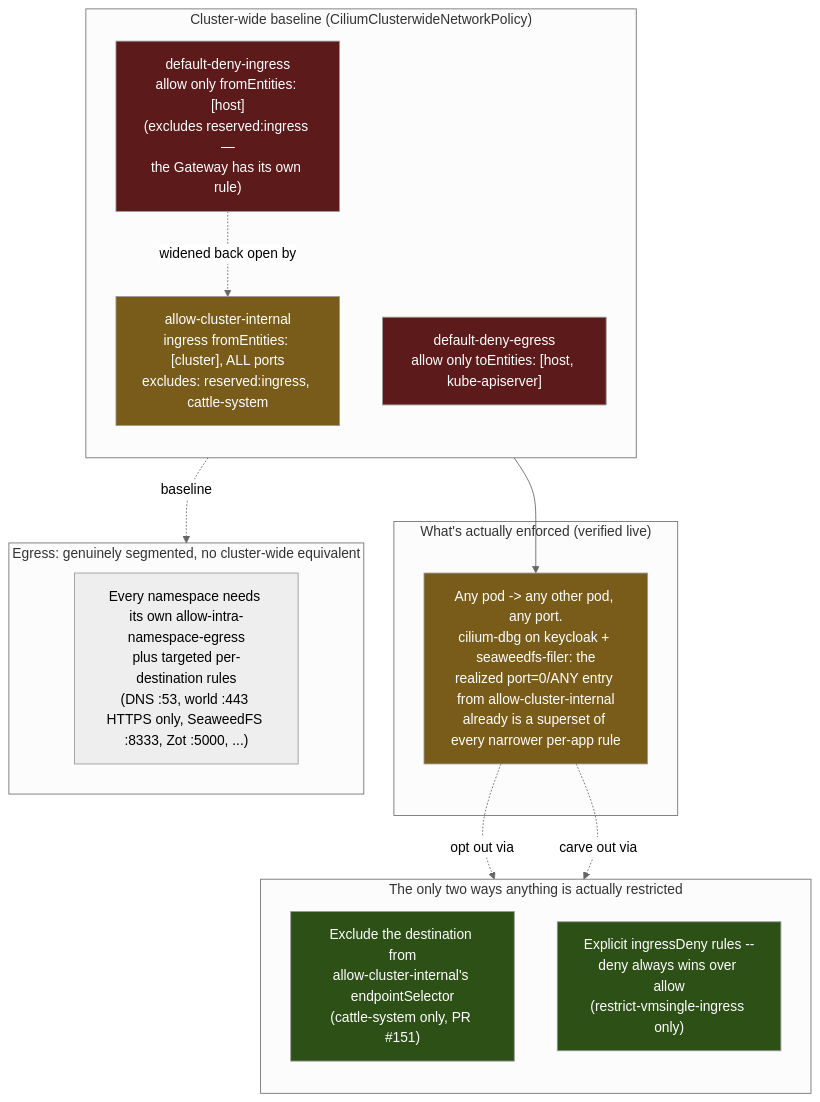
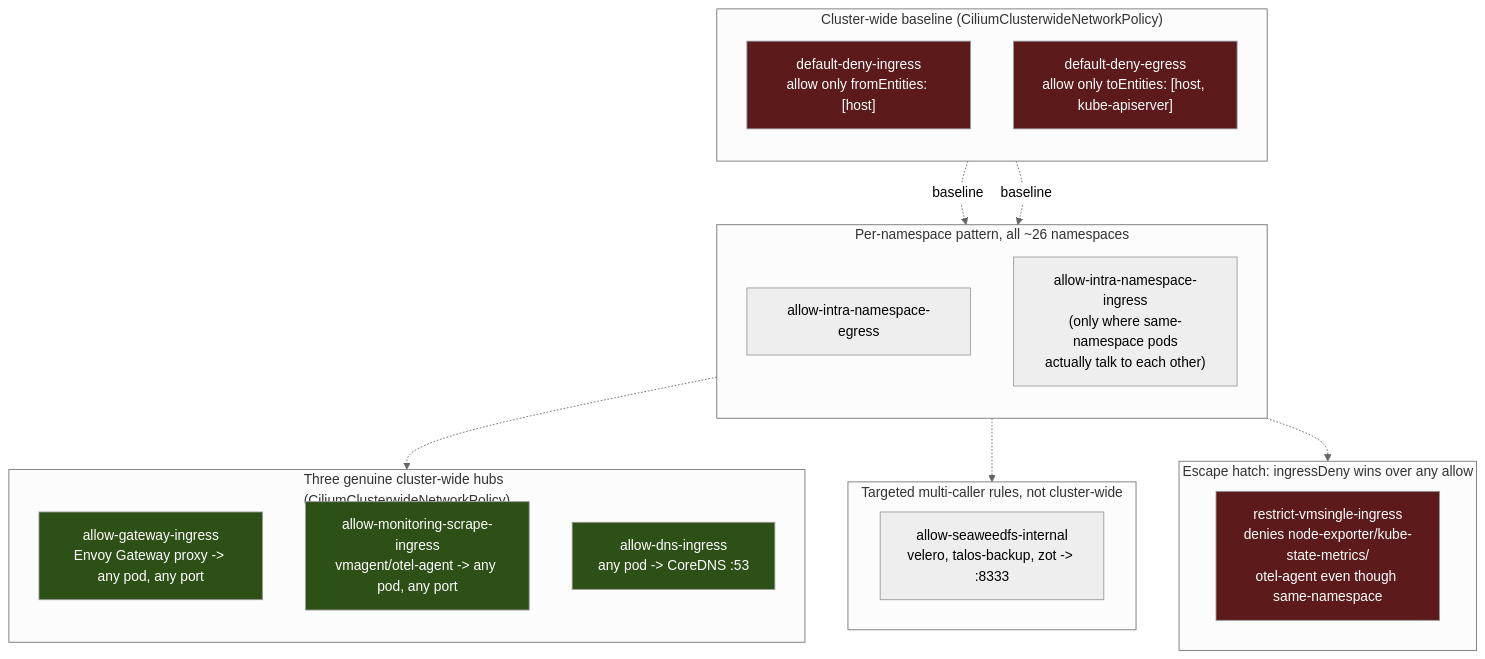
The third of 4 diagrams in docs/network-architecture.md (bibAtWork/Edge_GitOps), drawn with Mermaid (neutral theme) before and after one commit. The commit also changed other lines of this file and 3 other files, not shown here.

````diff
--- a/docs/network-architecture.md
+++ b/docs/network-architecture.md
@@ -127,39 +127,42 @@
 ```mermaid
 flowchart TB
     subgraph baseline["Cluster-wide baseline (CiliumClusterwideNetworkPolicy)"]
         direction TB
-        deny_ing["default-deny-ingress\nallow only fromEntities: [host]\n(excludes reserved:ingress —\nthe Gateway has its own rule)"]
+        deny_ing["default-deny-ingress\nallow only fromEntities: [host]"]
         deny_eg["default-deny-egress\nallow only toEntities: [host, kube-apiserver]"]
-        cluster_allow["allow-cluster-internal\ningress fromEntities: [cluster], ALL ports\nexcludes: reserved:ingress, cattle-system"]
     end
 
-    deny_ing -.->|"widened back open by"| cluster_allow
-
-    subgraph reality["What's actually enforced (verified live)"]
-        broad["Any pod -> any other pod, any port.\ncilium-dbg on keycloak + seaweedfs-filer: the\nrealized port=0/ANY entry from allow-cluster-internal\nalready is a superset of every narrower per-app rule"]
+    subgraph pattern["Per-namespace pattern, all ~26 namespaces"]
+        direction TB
+        intra_eg["allow-intra-namespace-egress"]
+        intra_ing["allow-intra-namespace-ingress\n(only where same-namespace pods\nactually talk to each other)"]
     end
 
-    cluster_allow --> broad
-
-    subgraph exceptions["The only two ways anything is actually restricted"]
+    subgraph hubs["Three genuine cluster-wide hubs\n(CiliumClusterwideNetworkPolicy)"]
         direction TB
-        excl["Exclude the destination from\nallow-cluster-internal's endpointSelector\n(cattle-system only, PR #151)"]
-        deny["Explicit ingressDeny rules --\ndeny always wins over allow\n(restrict-vmsingle-ingress only)"]
+        gw["allow-gateway-ingress\nEnvoy Gateway proxy -> any pod, any port"]
+        mon["allow-monitoring-scrape-ingress\nvmagent/otel-agent -> any pod, any port"]
+        dns["allow-dns-ingress\nany pod -> CoreDNS :53"]
     end
 
-    broad -.->|"opt out via"| excl
-    broad -.->|"carve out via"| deny
-
-    subgraph egress_model["Egress: genuinely segmented, no cluster-wide equivalent"]
-        eg_pattern["Every namespace needs its own allow-intra-namespace-egress\nplus targeted per-destination rules\n(DNS :53, world :443 HTTPS only, SeaweedFS :8333, Zot :5000, ...)"]
+    subgraph targeted["Targeted multi-caller rules, not cluster-wide"]
+        sw["allow-seaweedfs-internal\nvelero, talos-backup, zot -> :8333"]
     end
 
-    deny_eg -.->|baseline| egress_model
+    subgraph escape["Escape hatch: ingressDeny wins over any allow"]
+        vm["restrict-vmsingle-ingress\ndenies node-exporter/kube-state-metrics/\notel-agent even though same-namespace"]
+    end
+
+    deny_ing -.->|baseline| pattern
+    deny_eg -.->|baseline| pattern
+    pattern -.-> hubs
+    pattern -.-> targeted
+    pattern -.-> escape
 
     style deny_ing fill:#5c1a1a,color:#fff
     style deny_eg fill:#5c1a1a,color:#fff
-    style cluster_allow fill:#7a5c1a,color:#fff
-    style broad fill:#7a5c1a,color:#fff
-    style deny fill:#2d5016,color:#fff
-    style excl fill:#2d5016,color:#fff
+    style gw fill:#2d5016,color:#fff
+    style mon fill:#2d5016,color:#fff
+    style dns fill:#2d5016,color:#fff
+    style vm fill:#5c1a1a,color:#fff
 ```
````
